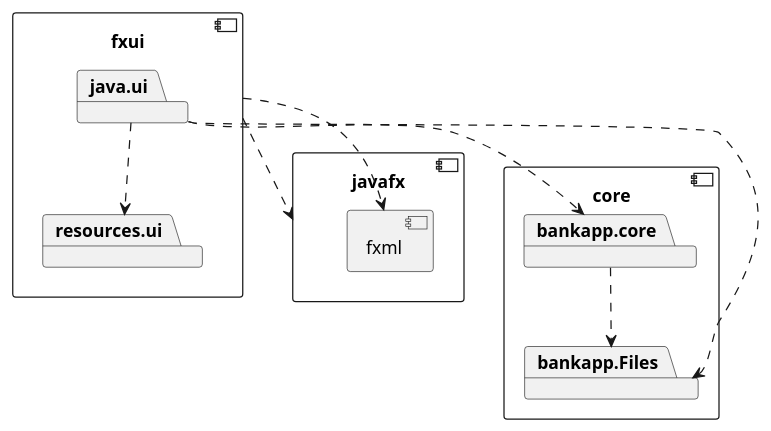
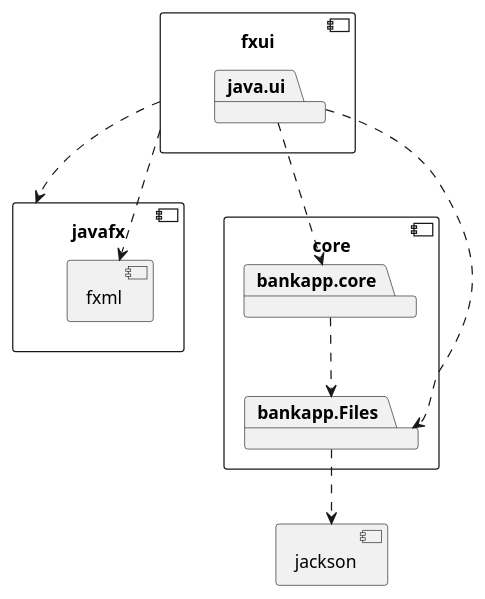
The diagram in bankapp/architecture.puml (Nathaniavm/ITP), drawn with PlantUML before and after one commit. The commit also changed 1 other file, not shown here.

Commit message:
ble ferdig med plantUML diagram Co-Auther-By:Klein

```diff
--- a/bankapp/architecture.puml
+++ b/bankapp/architecture.puml
@@ -1,27 +1,29 @@
 @startuml
 
 component core {
     package bankapp.core
     package bankapp.Files
 }
+
 bankapp.core ..> bankapp.Files
+component jackson {
+}
 
 
 component fxui {
     package java.ui
-    package resources.ui
 }
 
 java.ui ..> bankapp.core
-java.ui ..> resources.ui
 java.ui ..> bankapp.Files
+bankapp.Files ..> jackson
 
 component javafx {
     component fxml
 }
 
 fxui ..> javafx
 fxui ..> fxml
 
 
 @enduml
```
